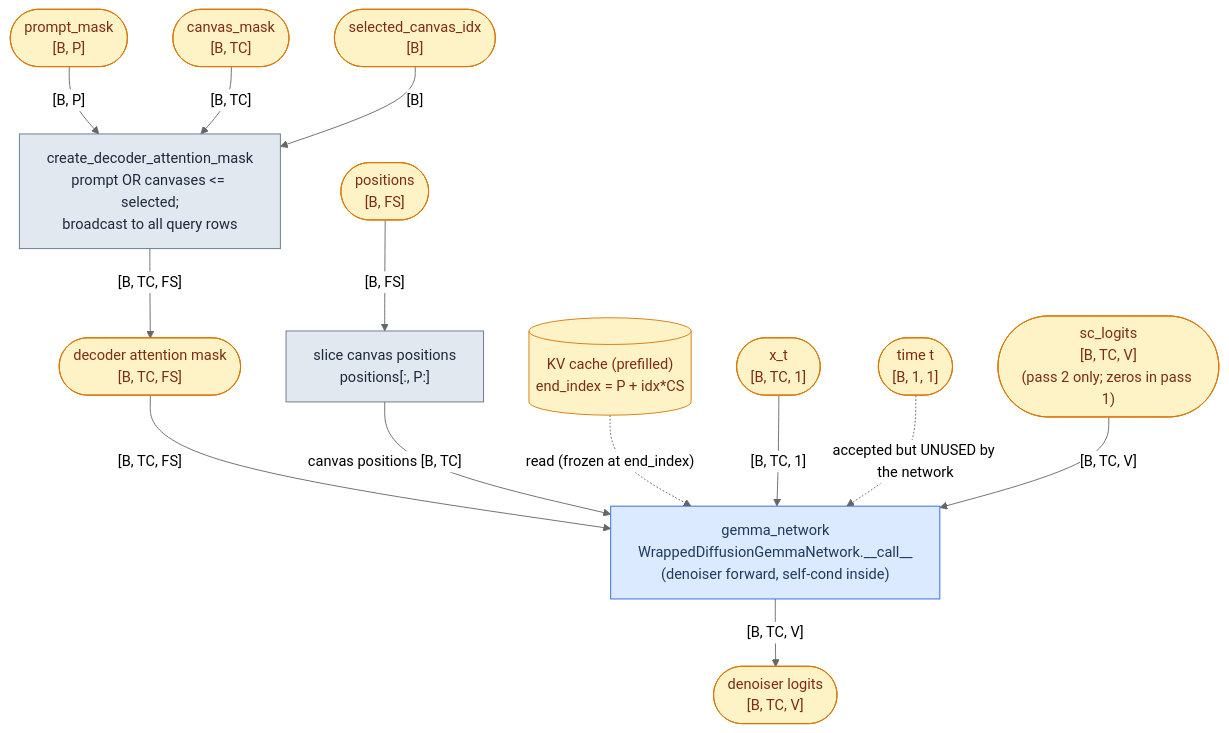
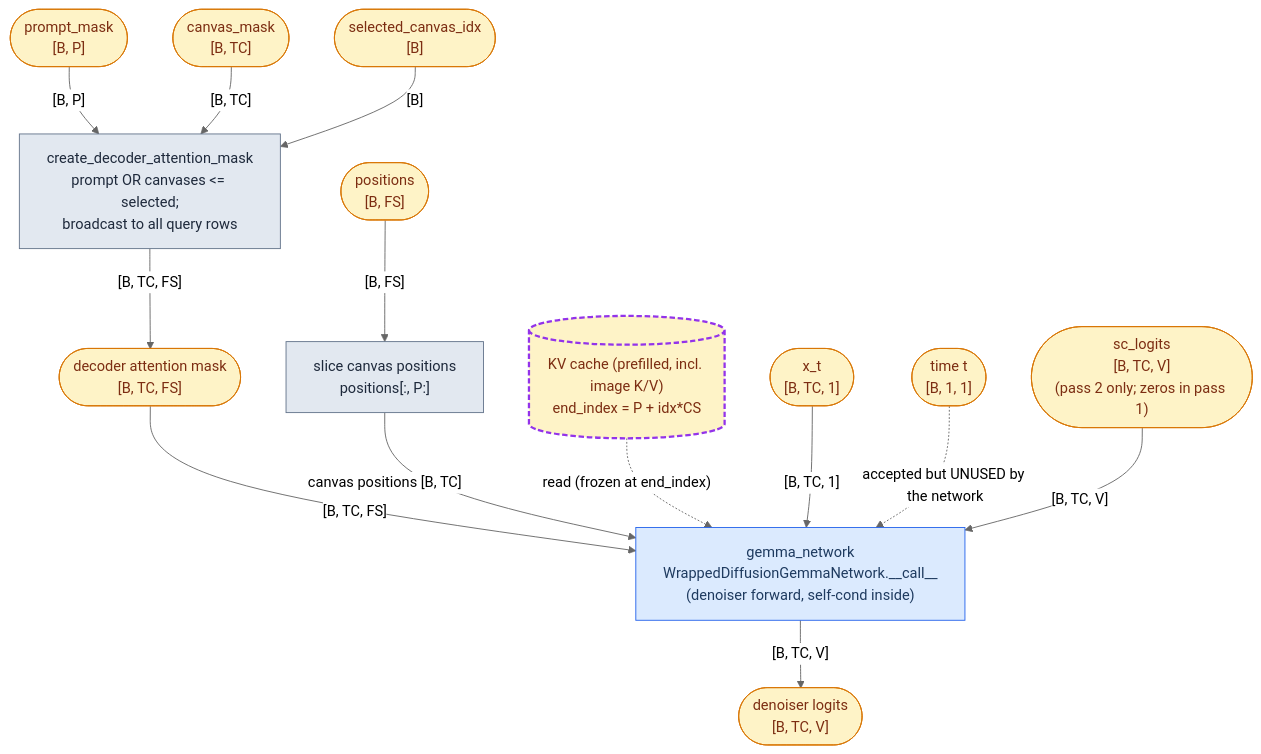
The diagram in docs/add-visual-inputs/mmd/l3-decode.mmd (xinshengqin/gemma), drawn with Mermaid (neutral theme) before and after one commit. The commit also changed 13 other files, not shown here.

```diff
--- a/docs/add-visual-inputs/mmd/l3-decode.mmd
+++ b/docs/add-visual-inputs/mmd/l3-decode.mmd
@@ -1,34 +1,33 @@
 %% L3 — sft_decode: one denoiser pass (sft_model.py:90-156). Shared by
 %% pass 1 (sc_logits absent/zero) and pass 2 (sc_logits from pass 1).
-%% Reached by double-clicking either sft_decode node in the training forward.
+%% UNCHANGED by the vision feature except the cache now holds image K/V.
 flowchart TB
     xt(["x_t<br/>[B, TC, 1]"]):::tensor
     tin(["time t<br/>[B, 1, 1]"]):::tensor
     sclin(["sc_logits<br/>[B, TC, V]<br/>(pass 2 only; zeros in pass 1)"]):::tensor
-    kvin[("KV cache (prefilled)<br/>end_index = P + idx*CS")]:::tensor
+    kvin[("KV cache (prefilled, incl. image K/V)<br/>end_index = P + idx*CS")]:::modtensor
     posin(["positions<br/>[B, FS]"]):::tensor
     pmin(["prompt_mask<br/>[B, P]"]):::tensor
     cmin(["canvas_mask<br/>[B, TC]"]):::tensor
     idxin(["selected_canvas_idx<br/>[B]"]):::tensor
     CMASK["create_decoder_attention_mask<br/>prompt OR canvases &lt;= selected;<br/>broadcast to all query rows"]:::op
     amask(["decoder attention mask<br/>[B, TC, FS]"]):::tensor
     SLICE["slice canvas positions<br/>positions[:, P:]"]:::op
     NET["gemma_network<br/>WrappedDiffusionGemmaNetwork.__call__<br/>(denoiser forward, self-cond inside)"]:::module
     dlog(["denoiser logits<br/>[B, TC, V]"]):::tensor
-
     pmin -- "[B, P]" --> CMASK
     cmin -- "[B, TC]" --> CMASK
     idxin -- "[B]" --> CMASK
     CMASK -- "[B, TC, FS]" --> amask
     amask -- "[B, TC, FS]" --> NET
     posin -- "[B, FS]" --> SLICE
     SLICE -- "canvas positions [B, TC]" --> NET
     kvin -. "read (frozen at end_index)" .-> NET
     xt -- "[B, TC, 1]" --> NET
     tin -. "accepted but UNUSED by the network" .-> NET
     sclin -- "[B, TC, V]" --> NET
     NET -- "[B, TC, V]" --> dlog
-
     classDef module fill:#dbeafe,stroke:#2563eb,color:#1e3a5f
     classDef op fill:#e2e8f0,stroke:#64748b,color:#1e293b
     classDef tensor fill:#fef3c7,stroke:#d97706,color:#7c2d12
+    classDef modtensor fill:#fef3c7,stroke:#9333ea,stroke-width:2.5px,stroke-dasharray:6 3,color:#7c2d12
```
